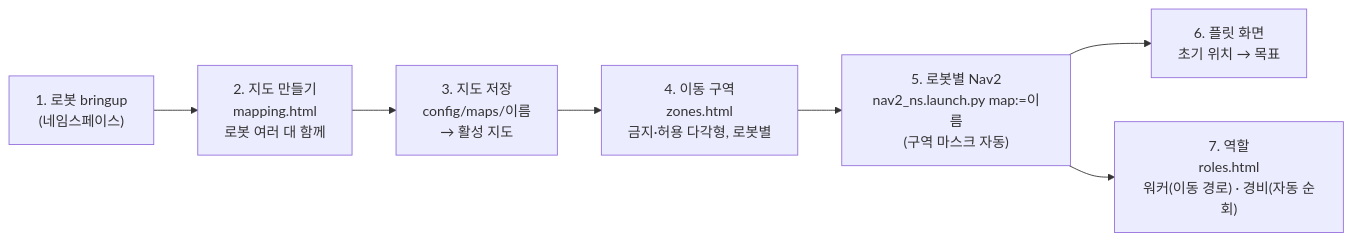
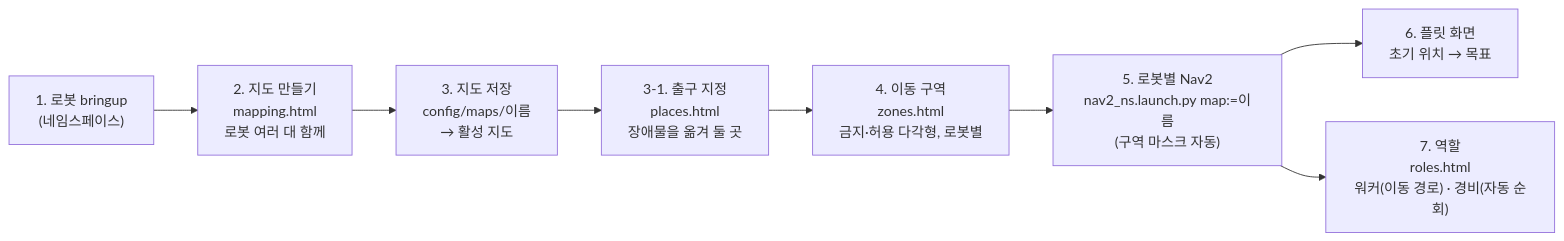
Before and after one commit to ryankim8815/ros2-fleet-console: the diagram in README.md, drawn with Mermaid. The commit also changed other lines of this file and 15 other files, not shown here.

````diff
--- a/README.md
+++ b/README.md
@@ -84,9 +85,10 @@
 ```mermaid
 flowchart LR
     A["1. 로봇 bringup<br/>(네임스페이스)"] --> B["2. 지도 만들기<br/>mapping.html<br/>로봇 여러 대 함께"]
     B --> C["3. 지도 저장<br/>config/maps/이름<br/>→ 활성 지도"]
-    C --> D["4. 이동 구역<br/>zones.html<br/>금지·허용 다각형, 로봇별"]
+    C --> X["3-1. 출구 지정<br/>places.html<br/>장애물을 옮겨 둘 곳"]
+    X --> D["4. 이동 구역<br/>zones.html<br/>금지·허용 다각형, 로봇별"]
     D --> E["5. 로봇별 Nav2<br/>nav2_ns.launch.py map:=이름<br/>(구역 마스크 자동)"]
     E --> F["6. 플릿 화면<br/>초기 위치 → 목표"]
     E --> G["7. 역할<br/>roles.html<br/>워커(이동 경로) · 경비(자동 순회)"]
 ```
````
